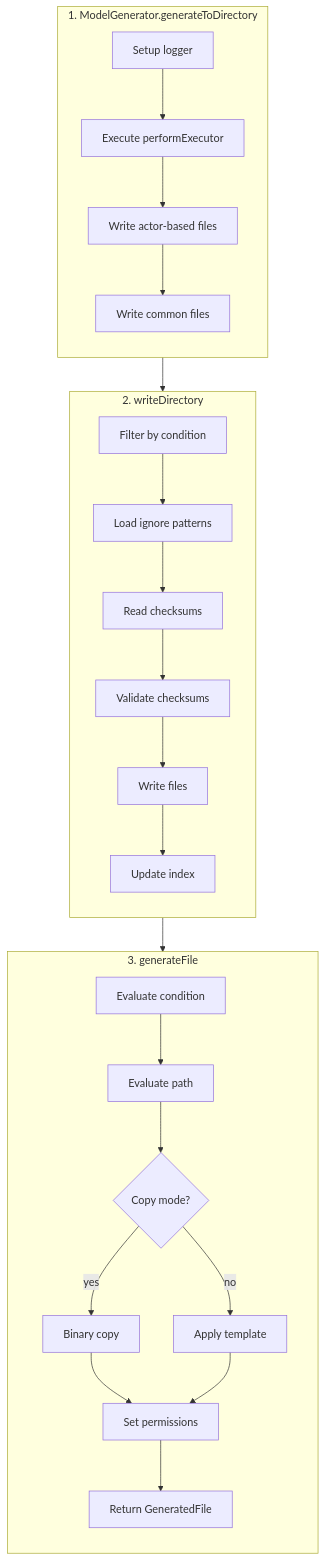
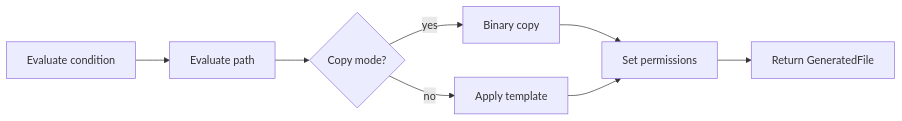
One commit to BlackBeltTechnology/judo-generator-commons changed the fourth of 7 diagrams in AGENTS.md. Above: the diagram before and after it, drawn with Mermaid. The commit also changed other lines of this file, not shown here.

First line of the commit message:
fix: Restructure Mermaid diagrams to match original ASCII semantics

````diff
--- a/AGENTS.md
+++ b/AGENTS.md
@@ -82,32 +106,10 @@
 ```mermaid
-flowchart TD
-    subgraph Entry["1. ModelGenerator.generateToDirectory"]
-        direction TB
-        E1[Setup logger] --> E2[Execute performExecutor]
-        E2 --> E3[Write actor-based files]
-        E3 --> E4[Write common files]
-    end
-
-    subgraph WriteDir["2. writeDirectory"]
-        direction TB
-        W1[Filter by condition] --> W2[Load ignore patterns]
-        W2 --> W3[Read checksums]
-        W3 --> W4[Validate checksums]
-        W4 --> W5[Write files]
-        W5 --> W6[Update index]
-    end
-
-    subgraph GenFile["3. generateFile"]
-        direction TB
-        G1[Evaluate condition] --> G2[Evaluate path]
-        G2 --> G3{Copy mode?}
-        G3 -->|yes| G4a[Binary copy]
-        G3 -->|no| G4b[Apply template]
-        G4a --> G5[Set permissions]
-        G4b --> G5
-        G5 --> G6[Return GeneratedFile]
-    end
-
-    E4 --> W1
-    W6 --> G1
+flowchart LR
+    G1[Evaluate condition] --> G2[Evaluate path]
+    G2 --> G3{Copy mode?}
+    G3 -->|yes| G4a[Binary copy]
+    G3 -->|no| G4b[Apply template]
+    G4a --> G5[Set permissions]
+    G4b --> G5
+    G5 --> G6[Return GeneratedFile]
 ```
````
